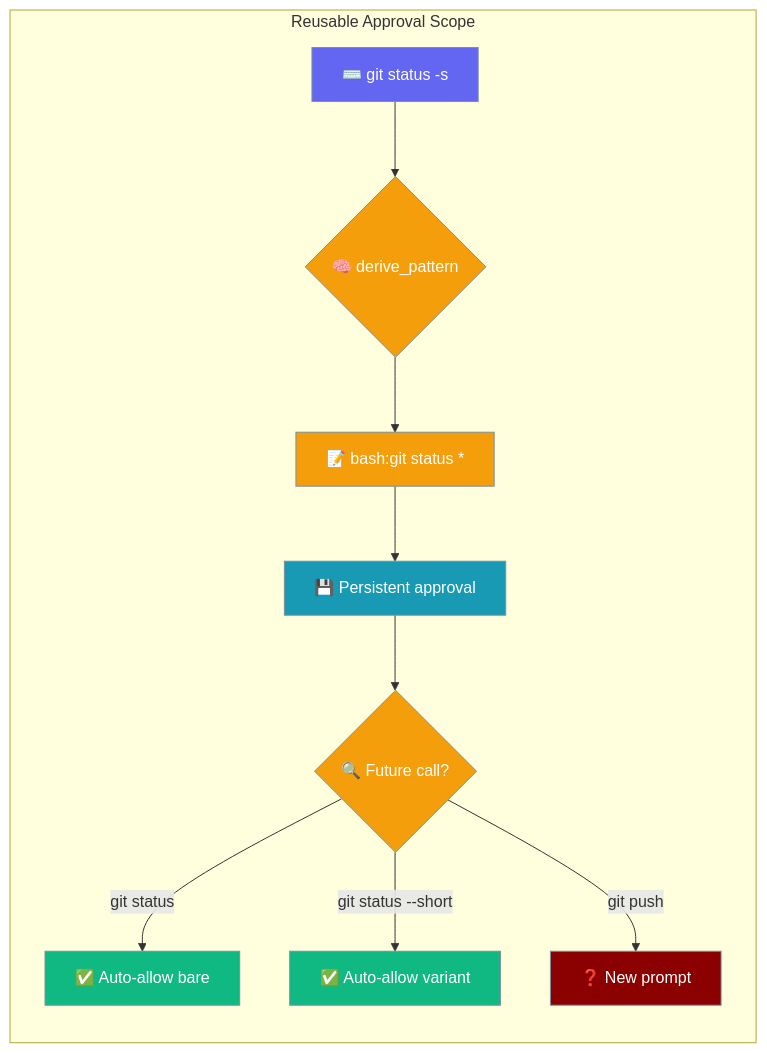
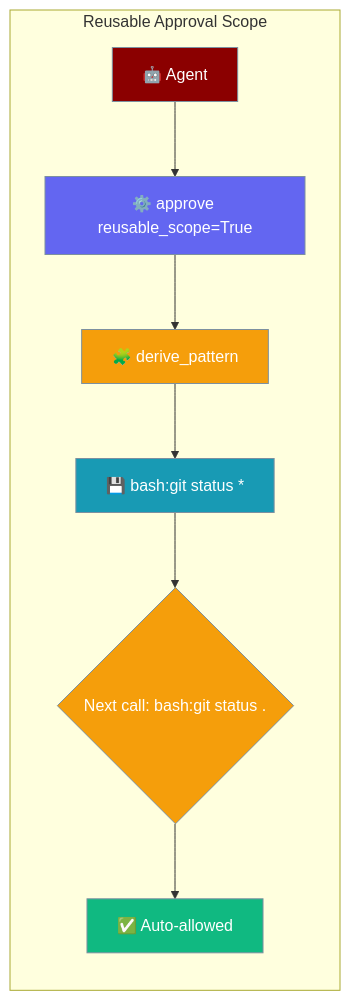
One commit to MervinPraison/PraisonAIDocs changed the first of 2 diagrams in docs/features/reusable-approval-scopes.mdx. Above: the diagram before and after it, drawn with Mermaid. The commit also changed other lines of this file, not shown here.

Commit message:
docs: fix Mermaid quotes, pipe entity, workspace link in reusable-approval-scopes

````diff
--- a/docs/features/reusable-approval-scopes.mdx
+++ b/docs/features/reusable-approval-scopes.mdx
@@ -23,25 +23,24 @@
 ```mermaid
 graph LR
     subgraph "Reusable Approval Scope"
-        C[⌨️ git status -s] --> D{🧠 derive_pattern}
-        D --> P[📝 bash:git status *]
-        P --> S[💾 Persistent approval]
-        S --> M{🔍 Future call?}
-        M -->|git status| OK1[✅ Auto-allow bare]
-        M -->|git status --short| OK2[✅ Auto-allow variant]
-        M -->|git push| NEW[❓ New prompt]
+        A["🤖 Agent"] --> C["⚙️ approve reusable_scope=True"]
+        C --> D["🧩 derive_pattern"]
+        D --> P["💾 bash:git status *"]
+        P --> R{"Next call: bash:git status ."}
+        R --> OK["✅ Auto-allowed"]
     end
 
-    classDef input fill:#6366F1,stroke:#7C90A0,color:#fff
-    classDef process fill:#F59E0B,stroke:#7C90A0,color:#fff
+    classDef agent fill:#8B0000,stroke:#7C90A0,color:#fff
+    classDef config fill:#6366F1,stroke:#7C90A0,color:#fff
+    classDef derive fill:#F59E0B,stroke:#7C90A0,color:#fff
     classDef store fill:#189AB4,stroke:#7C90A0,color:#fff
+    classDef check fill:#F59E0B,stroke:#7C90A0,color:#fff
     classDef ok fill:#10B981,stroke:#7C90A0,color:#fff
-    classDef ask fill:#8B0000,stroke:#7C90A0,color:#fff
 
-    class C input
-    class D,P process
-    class S store
-    class M process
-    class OK1,OK2 ok
-    class NEW ask
+    class A agent
+    class C config
+    class D derive
+    class P store
+    class R check
+    class OK ok
 ```
````
